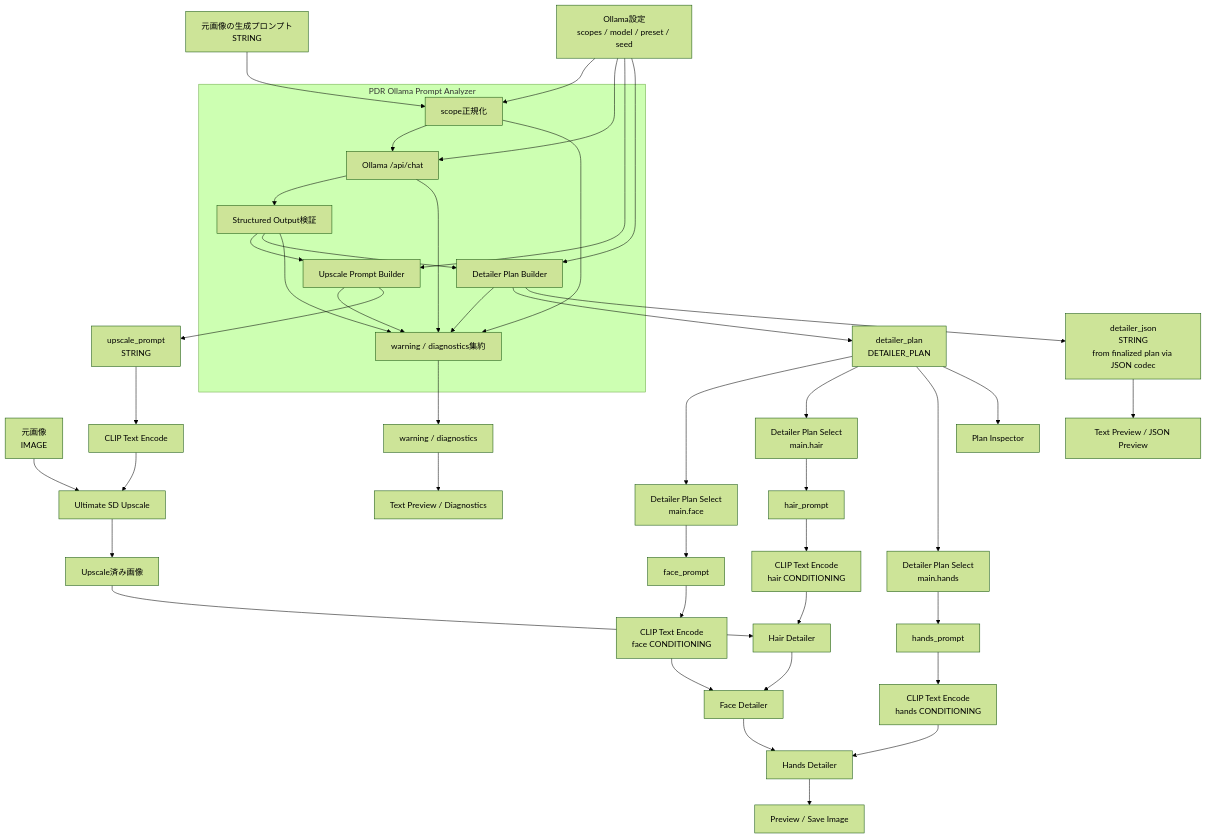
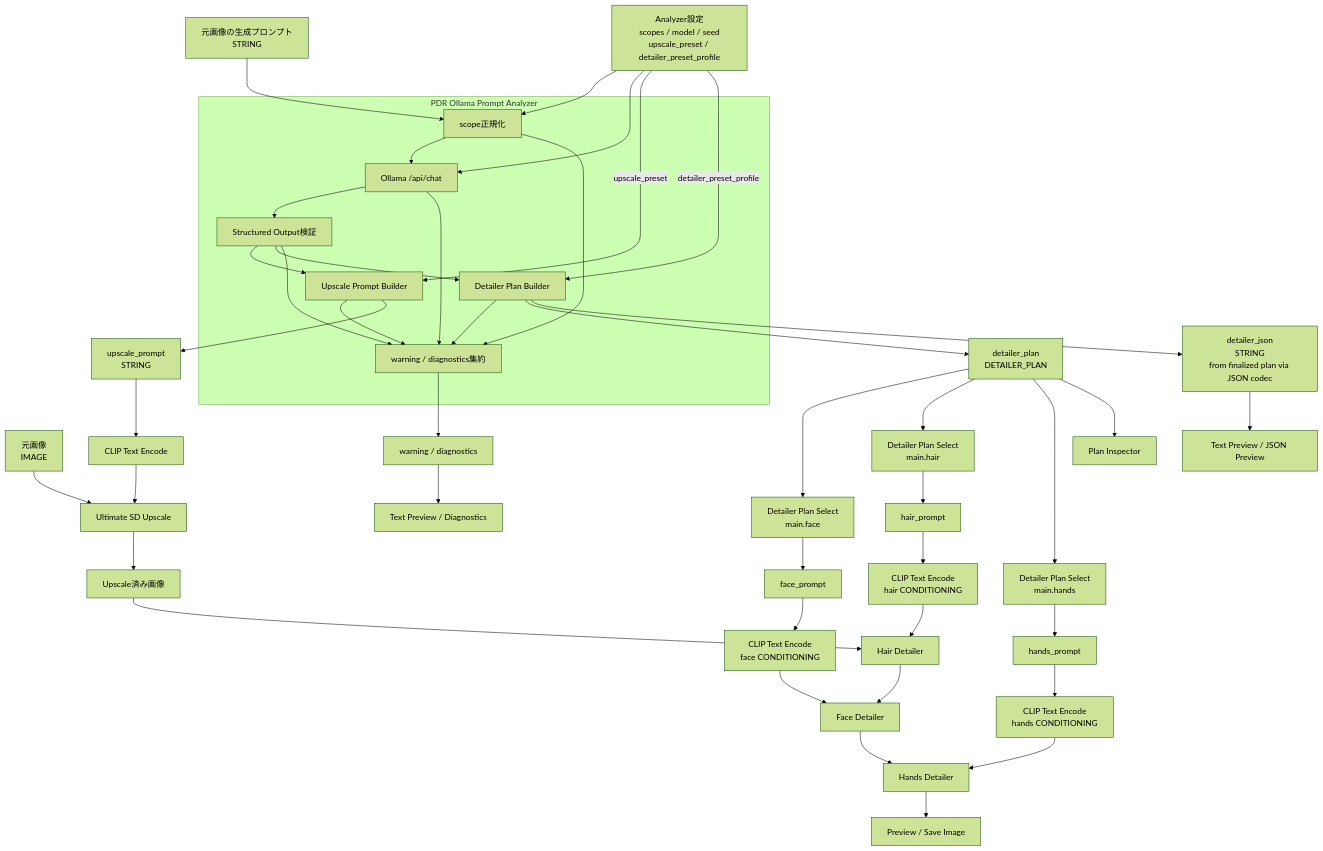
One commit to beastmaniaxxx/ComfyUI-Prompt-Detailer-Router changed the first of 3 diagrams in docs/requirements/requirements-design-reference.md. Above: the diagram before and after it, drawn with Mermaid (forest theme). The commit also changed other lines of this file, not shown here.

Commit message:
docs: requirements-design-reference.mdにおけるLLM Text Processorの入力形式を更新し、scopesとdetailer_preset_profileを明示化

````diff
--- a/docs/requirements/requirements-design-reference.md
+++ b/docs/requirements/requirements-design-reference.md
@@ -212,65 +212,65 @@
 ```mermaid
 flowchart TD
     P["元画像の生成プロンプト<br/>STRING"]
     IMG["元画像<br/>IMAGE"]
-    CFG["Ollama設定<br/>scopes / model / preset / seed"]
+    CFG["Analyzer設定<br/>scopes / model / seed<br/>upscale_preset / detailer_preset_profile"]
 
     subgraph ANALYZER["PDR Ollama Prompt Analyzer"]
         SCOPE["scope正規化"]
         OLLAMA["Ollama /api/chat"]
         VALIDATE["Structured Output検証"]
         UPSCALE_BUILD["Upscale Prompt Builder"]
         PLAN_BUILD["Detailer Plan Builder"]
         WARN_COLLECT["warning / diagnostics集約"]
 
         SCOPE --> OLLAMA
         OLLAMA --> VALIDATE
         VALIDATE --> UPSCALE_BUILD
         VALIDATE --> PLAN_BUILD
         SCOPE --> WARN_COLLECT
         OLLAMA --> WARN_COLLECT
         VALIDATE --> WARN_COLLECT
         UPSCALE_BUILD --> WARN_COLLECT
         PLAN_BUILD --> WARN_COLLECT
     end
 
     P --> SCOPE
     CFG --> SCOPE
     CFG --> OLLAMA
-    CFG --> UPSCALE_BUILD
-    CFG --> PLAN_BUILD
+    CFG -- upscale_preset --> UPSCALE_BUILD
+    CFG -- detailer_preset_profile --> PLAN_BUILD
 
     UPSCALE_BUILD --> UP["upscale_prompt<br/>STRING"]
     PLAN_BUILD --> PLAN["detailer_plan<br/>DETAILER_PLAN"]
     PLAN_BUILD --> JSON["detailer_json<br/>STRING<br/>from finalized plan via JSON codec"]
     WARN_COLLECT --> WARN["warning / diagnostics"]
 
     UP --> UENC["CLIP Text Encode"]
     UENC --> USD["Ultimate SD Upscale"]
     IMG --> USD
     USD --> UIMG["Upscale済み画像"]
 
     PLAN --> SF["Detailer Plan Select<br/>main.face"]
     PLAN --> SH["Detailer Plan Select<br/>main.hair"]
     PLAN --> SA["Detailer Plan Select<br/>main.hands"]
 
     SF --> FP["face_prompt"]
     SH --> HP["hair_prompt"]
     SA --> AP["hands_prompt"]
 
     HP --> HENC["CLIP Text Encode<br/>hair CONDITIONING"]
     FP --> FENC["CLIP Text Encode<br/>face CONDITIONING"]
     AP --> AENC["CLIP Text Encode<br/>hands CONDITIONING"]
 
     UIMG --> HD["Hair Detailer"]
     HENC --> HD
     HD --> FD["Face Detailer"]
     FENC --> FD
     FD --> AD["Hands Detailer"]
     AENC --> AD
     AD --> OUT["Preview / Save Image"]
 
     PLAN --> INSPECT["Plan Inspector"]
     JSON --> JSONVIEW["Text Preview / JSON Preview"]
     WARN --> WARNVIEW["Text Preview / Diagnostics"]
 ```
````
